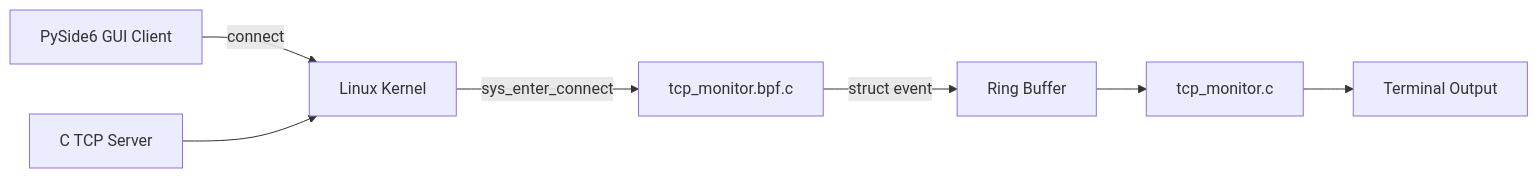
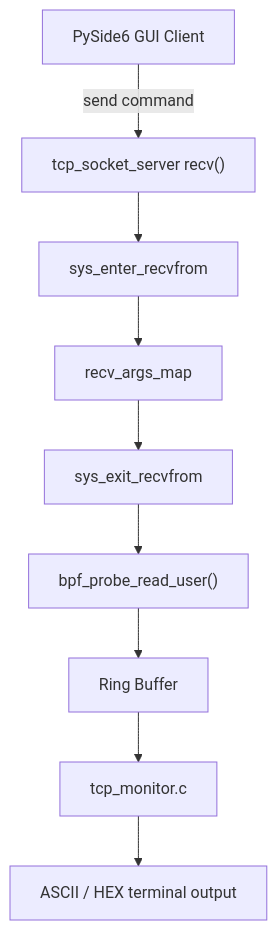
The first of 4 diagrams in README.md (u27947ffd7j678Organization/tcp-socket-control-system), drawn with Mermaid before and after one commit. The commit also changed other lines of this file and 8 other files, not shown here.

Commit message:
feat: add eBPF recv payload monitoring

````diff
--- a/README.md
+++ b/README.md
@@ -76,9 +86,11 @@
 ```mermaid
-flowchart LR
-    Client["PySide6 GUI Client"] -->|connect| Kernel["Linux Kernel"]
-    Server["C TCP Server"] --> Kernel
-    Kernel -->|sys_enter_connect| BPF["tcp_monitor.bpf.c"]
-    BPF -->|struct event| Ring["Ring Buffer"]
+flowchart TD
+    GUI["PySide6 GUI Client"] -->|"send command"| Server["tcp_socket_server recv()"]
+    Server --> Enter["sys_enter_recvfrom"]
+    Enter --> Map["recv_args_map"]
+    Map --> Exit["sys_exit_recvfrom"]
+    Exit --> Copy["bpf_probe_read_user()"]
+    Copy --> Ring["Ring Buffer"]
     Ring --> Monitor["tcp_monitor.c"]
-    Monitor --> Terminal["Terminal Output"]
+    Monitor --> Output["ASCII / HEX terminal output"]
 ```
````
